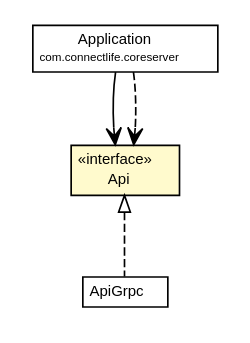
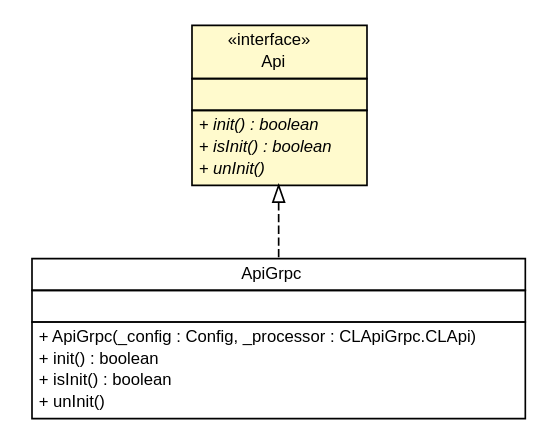
Before and after one commit to ericpinet/ConnectLife: the diagram in javadoc/coreserver/com/connectlife/coreserver/apiserver/Api.dot, drawn with Graphviz. The commit also changed 432 other files, not shown here.

```diff
--- a/javadoc/coreserver/com/connectlife/coreserver/apiserver/Api.dot
+++ b/javadoc/coreserver/com/connectlife/coreserver/apiserver/Api.dot
@@ -1,38 +1,44 @@
 #!/usr/local/bin/dot
 #
 # Class diagram 
 # Generated by UMLGraph version 5.1 (http://www.umlgraph.org/)
 #
 
 digraph G {
 	edge [fontname="Helvetica",fontsize=10,labelfontname="Helvetica",labelfontsize=10];
 	node [fontname="Helvetica",fontsize=10,shape=plaintext];
 	nodesep=0.25;
 	ranksep=0.5;
-	// com.connectlife.coreserver.Application
-	c1126 [label=<<table title="com.connectlife.coreserver.Application" border="0" cellborder="1" cellspacing="0" cellpadding="2" port="p" href="../Application.html">
-		<tr><td><table border="0" cellspacing="0" cellpadding="1">
-<tr><td align="center" balign="center"> Application </td></tr>
-<tr><td align="center" balign="center"><font point-size="7.0"> com.connectlife.coreserver </font></td></tr>
-		</table></td></tr>
-		</table>>, fontname="Helvetica", fontcolor="black", fontsize=9.0];
 	// com.connectlife.coreserver.apiserver.ApiGrpc
-	c1129 [label=<<table title="com.connectlife.coreserver.apiserver.ApiGrpc" border="0" cellborder="1" cellspacing="0" cellpadding="2" port="p" href="./ApiGrpc.html">
+	c1010 [label=<<table title="com.connectlife.coreserver.apiserver.ApiGrpc" border="0" cellborder="1" cellspacing="0" cellpadding="2" port="p" href="./ApiGrpc.html">
 		<tr><td><table border="0" cellspacing="0" cellpadding="1">
 <tr><td align="center" balign="center"> ApiGrpc </td></tr>
 		</table></td></tr>
-		</table>>, fontname="Helvetica", fontcolor="black", fontsize=9.0];
+		<tr><td><table border="0" cellspacing="0" cellpadding="1">
+<tr><td align="left" balign="left">  </td></tr>
+		</table></td></tr>
+		<tr><td><table border="0" cellspacing="0" cellpadding="1">
+<tr><td align="left" balign="left"> + ApiGrpc(_config : Config, _processor : CLApiGrpc.CLApi) </td></tr>
+<tr><td align="left" balign="left"> + init() : boolean </td></tr>
+<tr><td align="left" balign="left"> + isInit() : boolean </td></tr>
+<tr><td align="left" balign="left"> + unInit() </td></tr>
+		</table></td></tr>
+		</table>>, fontname="Helvetica", fontcolor="black", fontsize=10.0];
 	// com.connectlife.coreserver.apiserver.Api
-	c1130 [label=<<table title="com.connectlife.coreserver.apiserver.Api" border="0" cellborder="1" cellspacing="0" cellpadding="2" port="p" bgcolor="lemonChiffon" href="./Api.html">
+	c1011 [label=<<table title="com.connectlife.coreserver.apiserver.Api" border="0" cellborder="1" cellspacing="0" cellpadding="2" port="p" bgcolor="lemonChiffon" href="./Api.html">
 		<tr><td><table border="0" cellspacing="0" cellpadding="1">
 <tr><td align="center" balign="center"> &#171;interface&#187; </td></tr>
 <tr><td align="center" balign="center"> Api </td></tr>
 		</table></td></tr>
-		</table>>, fontname="Helvetica", fontcolor="black", fontsize=9.0];
+		<tr><td><table border="0" cellspacing="0" cellpadding="1">
+<tr><td align="left" balign="left">  </td></tr>
+		</table></td></tr>
+		<tr><td><table border="0" cellspacing="0" cellpadding="1">
+<tr><td align="left" balign="left"><font face="Helvetica-Oblique" point-size="10.0"> + init() : boolean </font></td></tr>
+<tr><td align="left" balign="left"><font face="Helvetica-Oblique" point-size="10.0"> + isInit() : boolean </font></td></tr>
+<tr><td align="left" balign="left"><font face="Helvetica-Oblique" point-size="10.0"> + unInit() </font></td></tr>
+		</table></td></tr>
+		</table>>, fontname="Helvetica", fontcolor="black", fontsize=10.0];
 	//com.connectlife.coreserver.apiserver.ApiGrpc implements com.connectlife.coreserver.apiserver.Api
-	c1130:p -> c1129:p [dir=back,arrowtail=empty,style=dashed];
-	// com.connectlife.coreserver.Application NAVASSOC com.connectlife.coreserver.apiserver.Api
-	c1126:p -> c1130:p [taillabel="", label="", headlabel="", fontname="Helvetica", fontcolor="black", fontsize=10.0, color="black", arrowhead=open];
-	// com.connectlife.coreserver.Application DEPEND com.connectlife.coreserver.apiserver.Api
-	c1126:p -> c1130:p [taillabel="", label="", headlabel="", fontname="Helvetica", fontcolor="black", fontsize=10.0, color="black", arrowhead=open, style=dashed];
+	c1011:p -> c1010:p [dir=back,arrowtail=empty,style=dashed];
 }
```
